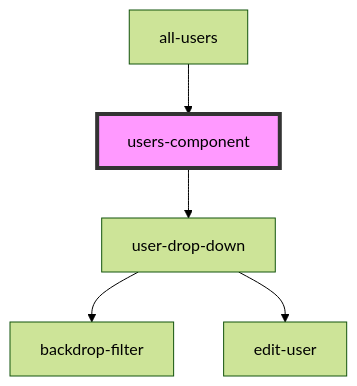
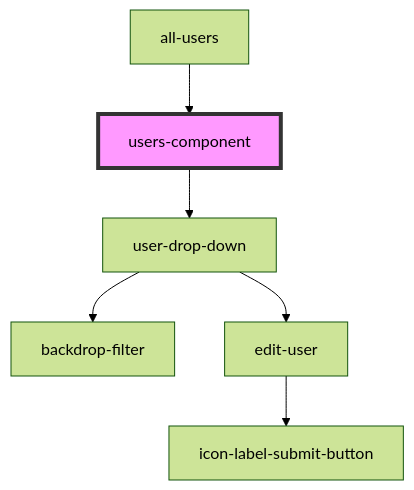
Before and after one commit to techvariable/NeptuneConnectComponents: the diagram in src/components/usersPage/users-component/readme.md, drawn with Mermaid (forest theme). The commit also changed 28 other files, not shown here.

````diff
--- a/src/components/usersPage/users-component/readme.md
+++ b/src/components/usersPage/users-component/readme.md
@@ -30,8 +30,9 @@
 ```mermaid
 graph TD;
   users-component --> user-drop-down
   user-drop-down --> backdrop-filter
   user-drop-down --> edit-user
+  edit-user --> icon-label-submit-button
   all-users --> users-component
   style users-component fill:#f9f,stroke:#333,stroke-width:4px
 ```
````
